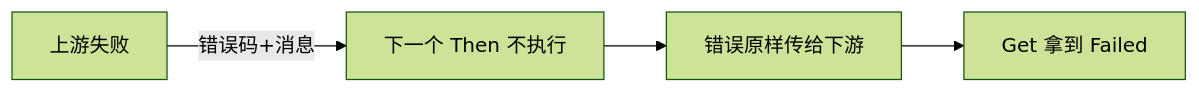
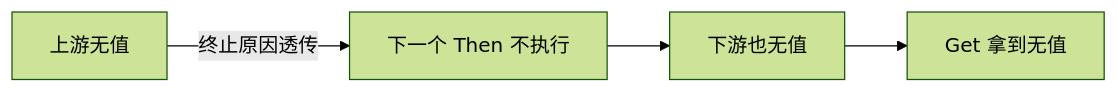
One commit to MYMarcoreus/COM-Framework changed the ninth of 13 diagrams in Common/Async/docs/async-nothrow.md. Above: the diagram before and after it, drawn with Mermaid (forest theme). The commit also changed other lines of this file and 6 other files, not shown here.

````diff
--- a/Common/Async/docs/async-nothrow.md
+++ b/Common/Async/docs/async-nothrow.md
@@ -293,4 +318,4 @@
 ```mermaid
 flowchart LR
-    A[上游失败] -->|错误码+消息| B[下一个 Then 不执行] --> C[错误原样传给下游] --> D[Get 拿到 Failed]
+    A[上游无值] -->|终止原因透传| B[下一个 Then 不执行] --> C[下游也无值] --> D[Get 拿到无值]
 ```
````
